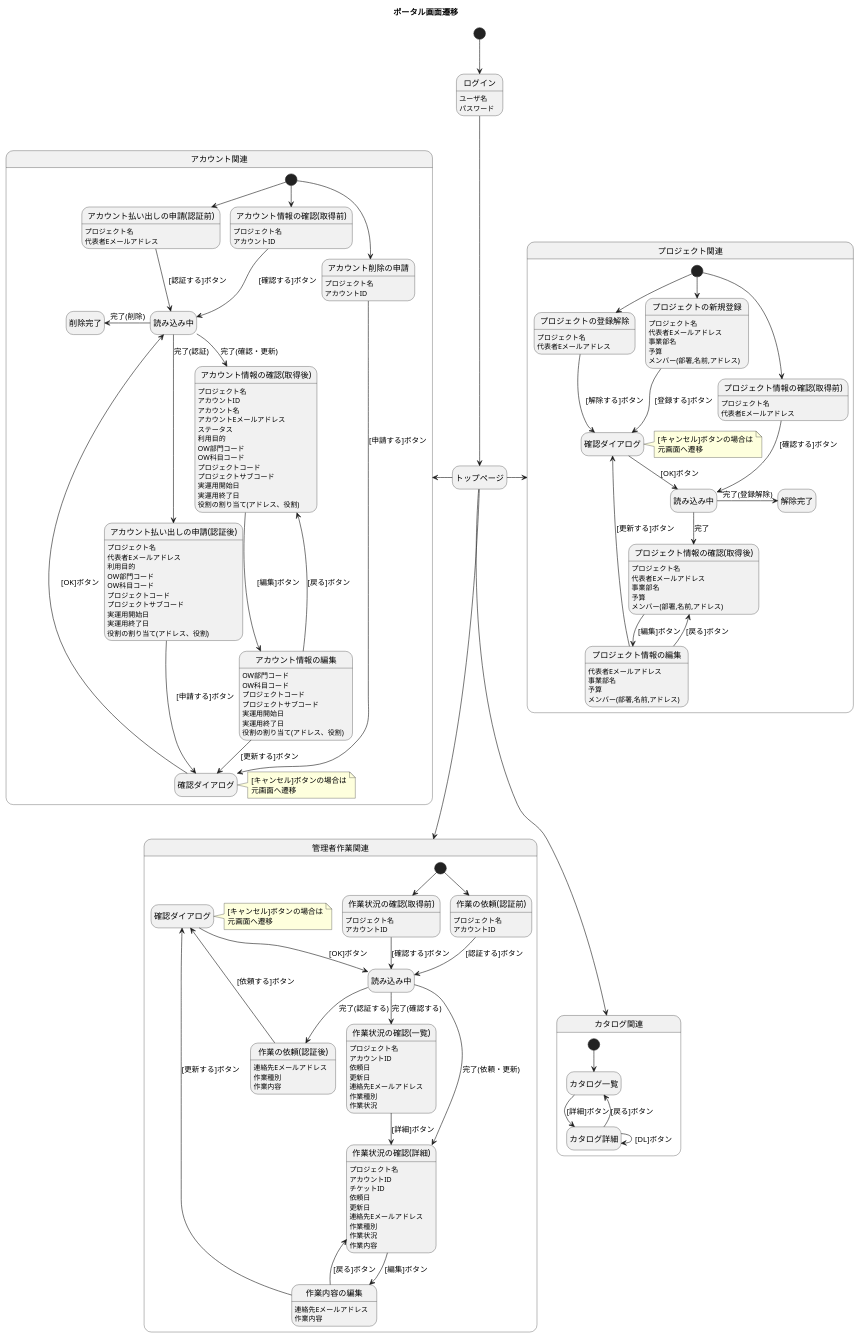
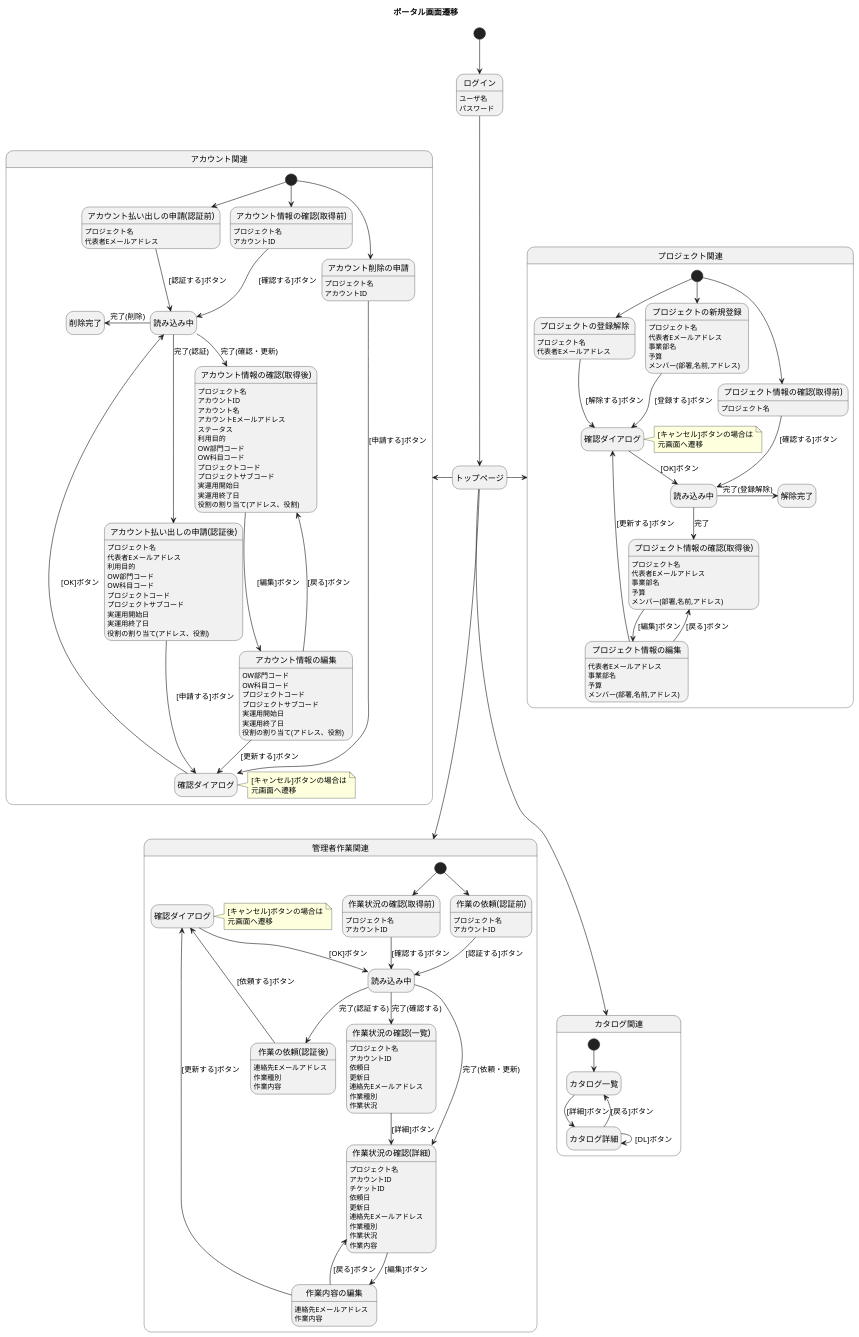
One commit to shimizu-jkc/orbit-portal-frontend changed the diagram in doc/diagram/state-machine/ScreenTransition.pu. Above: the diagram before and after it, drawn with PlantUML. The commit also changed 8 other files, not shown here.

Commit message:
Modify diagram and Update npm package

```diff
--- a/doc/diagram/state-machine/ScreenTransition.pu
+++ b/doc/diagram/state-machine/ScreenTransition.pu
@@ -1,180 +1,179 @@
 @startuml
 hide empty description
 title ポータル画面遷移
 
 state "ログイン" as login
 	login: ユーザ名
 	login: パスワード
 state "トップページ" as top
 
 [*] --> login
 login --> top
 top -right-> プロジェクト関連
 top -left-> アカウント関連
 top -down-> 管理者作業関連
 top --> カタログ関連
 
 state プロジェクト関連 {
 	state "プロジェクトの新規登録" as pcreate
 		pcreate: プロジェクト名
 		pcreate: 代表者Eメールアドレス
 		pcreate: 事業部名
 		pcreate: 予算
 		pcreate: メンバー(部署,名前,アドレス)
 	state "プロジェクト情報の確認(取得前)" as pget
 		pget: プロジェクト名
-		pget: 代表者Eメールアドレス
 	state "プロジェクト情報の確認(取得後)" as pget2
 		pget2: プロジェクト名
 		pget2: 代表者Eメールアドレス
 		pget2: 事業部名
 		pget2: 予算
 		pget2: メンバー(部署,名前,アドレス)
 	state "プロジェクト情報の編集" as pupdate
 		pupdate: 代表者Eメールアドレス
 		pupdate: 事業部名
 		pupdate: 予算
 		pupdate: メンバー(部署,名前,アドレス)		
 	state "プロジェクトの登録解除" as pdelete
 		pdelete: プロジェクト名
 		pdelete: 代表者Eメールアドレス
 	state "確認ダイアログ" as pconfirm
 		note right of pconfirm : [キャンセル]ボタンの場合は\n元画面へ遷移
 	state "読み込み中" as pload
 	state "解除完了" as pgoodbye
 	[*] --> pcreate
 	[*] --> pget
 	[*] --> pdelete
 	pcreate --> pconfirm : [登録する]ボタン
 	pget --> pload : [確認する]ボタン
 	pget2 --> pupdate : [編集]ボタン
 	pupdate --> pget2 : [戻る]ボタン
 	pupdate --> pconfirm : [更新する]ボタン
 	pdelete --> pconfirm : [解除する]ボタン
 	pconfirm --> pload : [OK]ボタン
 	pload --> pget2 : 完了
 	pload -right-> pgoodbye : 完了(登録解除)
 }
 
 state アカウント関連 {
 	state "アカウント払い出しの申請(認証前)" as acreate
 		acreate: プロジェクト名
 		acreate: 代表者Eメールアドレス
 	state "アカウント払い出しの申請(認証後)" as acreate2
 		acreate2: プロジェクト名
 		acreate2: 代表者Eメールアドレス
 		acreate2: 利用目的
 		acreate2: OW部門コード
 		acreate2: OW科目コード
 		acreate2: プロジェクトコード
 		acreate2: プロジェクトサブコード
 		acreate2: 実運用開始日
 		acreate2: 実運用終了日
 		acreate2: 役割の割り当て(アドレス、役割)
 	state "アカウント情報の確認(取得前)" as aget
 		aget: プロジェクト名
 		aget: アカウントID
 	state "アカウント情報の確認(取得後)" as aget2
 		aget2: プロジェクト名
 		aget2: アカウントID
 		aget2: アカウント名
 		aget2: アカウントEメールアドレス
 		aget2: ステータス
 		aget2: 利用目的
 		aget2: OW部門コード
 		aget2: OW科目コード
 		aget2: プロジェクトコード
 		aget2: プロジェクトサブコード
 		aget2: 実運用開始日
 		aget2: 実運用終了日
 		aget2: 役割の割り当て(アドレス、役割)
 	state "アカウント情報の編集" as aupdate
 		aupdate: OW部門コード
 		aupdate: OW科目コード
 		aupdate: プロジェクトコード
 		aupdate: プロジェクトサブコード
 		aupdate: 実運用開始日
 		aupdate: 実運用終了日
 		aupdate: 役割の割り当て(アドレス、役割)
 	state "アカウント削除の申請" as adelete
 		adelete: プロジェクト名
 		adelete: アカウントID
 	state "確認ダイアログ" as aconfirm
 		note right of aconfirm : [キャンセル]ボタンの場合は\n元画面へ遷移
 	state "読み込み中" as aload
 	state "削除完了" as agoodbye
 	[*] --> acreate
 	[*] --> aget
 	[*] --> adelete
 	acreate --> aload : [認証する]ボタン
 	aload --> acreate2 : 完了(認証)
 	acreate2 --> aconfirm : [申請する]ボタン
 	aget --> aload : [確認する]ボタン
 	aget2 --> aupdate : [編集]ボタン
 	aupdate --> aget2 : [戻る]ボタン
 	aupdate --> aconfirm : [更新する]ボタン
 	adelete --> aconfirm : [申請する]ボタン
 	aconfirm --> aload : [OK]ボタン
 	aload --> aget2 : 完了(確認・更新)
 	aload -left-> agoodbye : 完了(削除)
 }
 
 state 管理者作業関連 {
 	state "作業の依頼(認証前)" as tcreate
 		tcreate: プロジェクト名
 		tcreate: アカウントID
 	state "作業の依頼(認証後)" as tcreate2
 		tcreate2: 連絡先Eメールアドレス
 		tcreate2: 作業種別
 		tcreate2: 作業内容
 	state "作業状況の確認(取得前)" as tget
 		tget: プロジェクト名
 		tget: アカウントID	
 	state "作業状況の確認(一覧)" as tget2
 		tget2: プロジェクト名
 		tget2: アカウントID	
 		tget2: 依頼日
 		tget2: 更新日
 		tget2: 連絡先Eメールアドレス
 		tget2: 作業種別
 		tget2: 作業状況
 	state "作業状況の確認(詳細)" as tget3
 		tget3: プロジェクト名
 		tget3: アカウントID	
 		tget3: チケットID	
 		tget3: 依頼日
 		tget3: 更新日
 		tget3: 連絡先Eメールアドレス
 		tget3: 作業種別
 		tget3: 作業状況
 		tget3: 作業内容
 	state "作業内容の編集" as tupdate
 		tupdate: 連絡先Eメールアドレス
 		tupdate: 作業内容
 	state "確認ダイアログ" as tconfirm
 		note right of tconfirm : [キャンセル]ボタンの場合は\n元画面へ遷移
 	state "読み込み中" as tload
 	[*] --> tcreate
 	[*] --> tget
 	tcreate --> tload : [認証する]ボタン
 	tload --> tcreate2 : 完了(認証する)
 	tcreate2 --> tconfirm : [依頼する]ボタン
 	tget --> tload : [確認する]ボタン
 	tload --> tget2 : 完了(確認する)
 	tget2 --> tget3 : [詳細]ボタン
 	tget3 --> tupdate : [編集]ボタン
 	tupdate --> tget3 : [戻る]ボタン
 	tupdate --> tconfirm : [更新する]ボタン
 	tconfirm --> tload : [OK]ボタン
 	tload --> tget3 : 完了(依頼・更新)
 }
 
 state カタログ関連 {
 	state "カタログ一覧" as list
 	state "カタログ詳細" as detail
 	[*] --> list
 	list --> detail : [詳細]ボタン
 	detail --> detail : [DL]ボタン
 	detail --> list : [戻る]ボタン
 }
 @enduml
```
